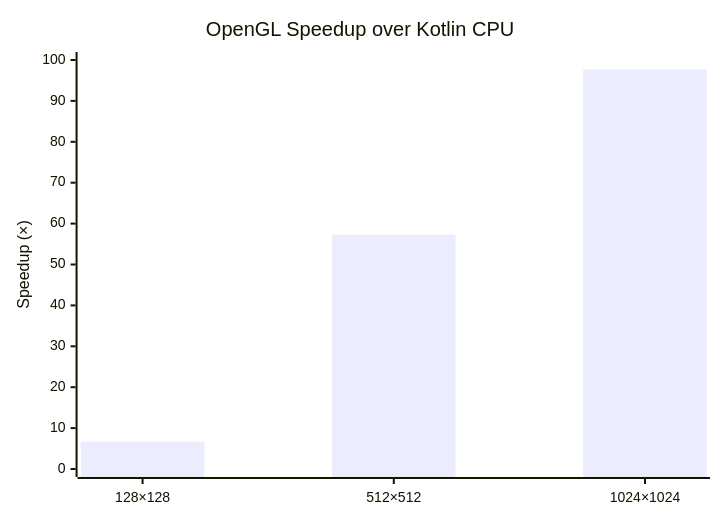
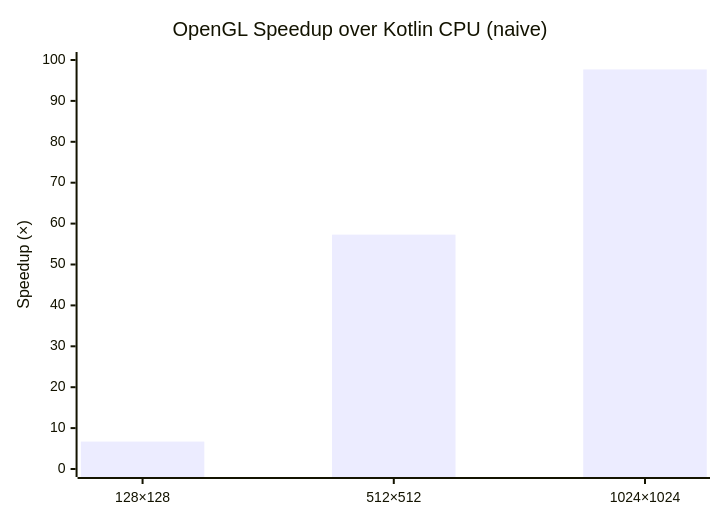
The diagram in README.md (klaushauschild1984/kompute), drawn with Mermaid before and after one commit. The commit also changed other lines of this file, not shown here.

````diff
--- a/README.md
+++ b/README.md
@@ -231,7 +239,7 @@
 ```mermaid
 xychart-beta
-  title "OpenGL Speedup over Kotlin CPU"
+  title "OpenGL Speedup over Kotlin CPU (naive)"
   x-axis ["128×128", "512×512", "1024×1024"]
   y-axis "Speedup (×)" 0 --> 100
   bar [6.7, 57.3, 97.7]
 ```
````
